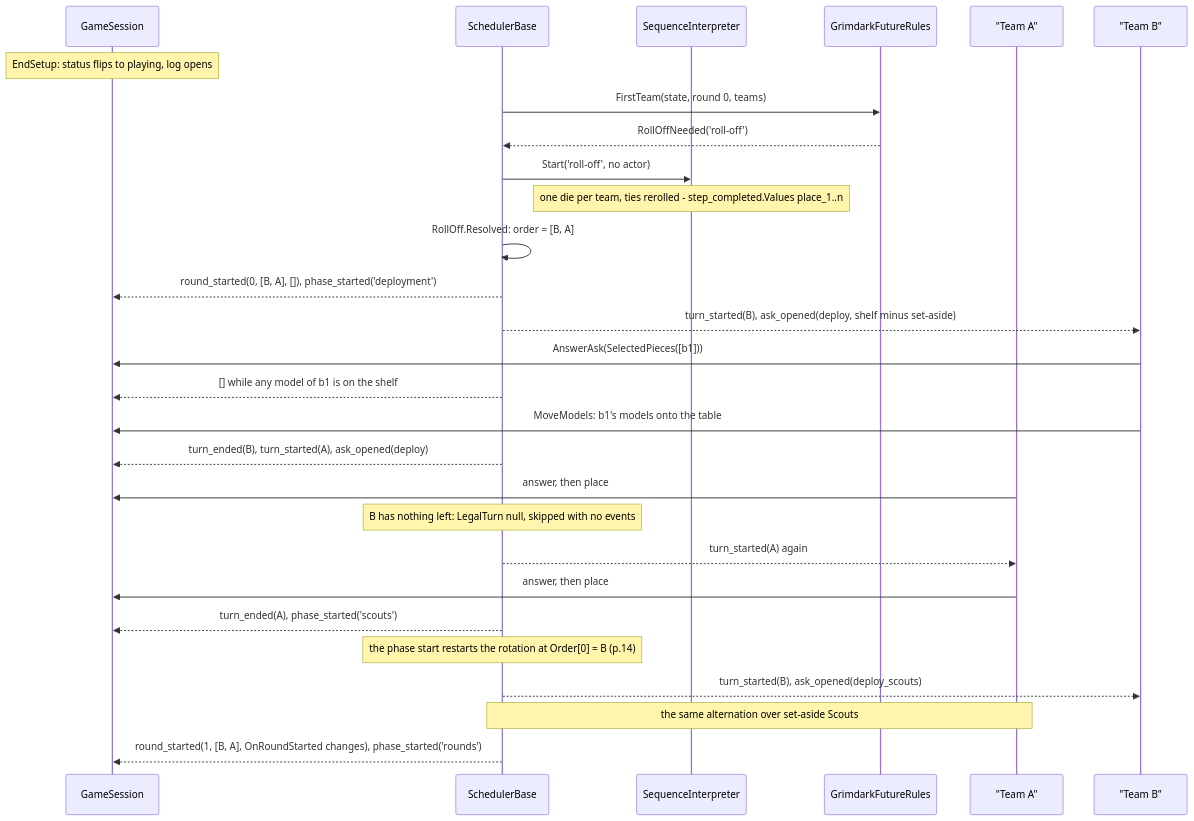
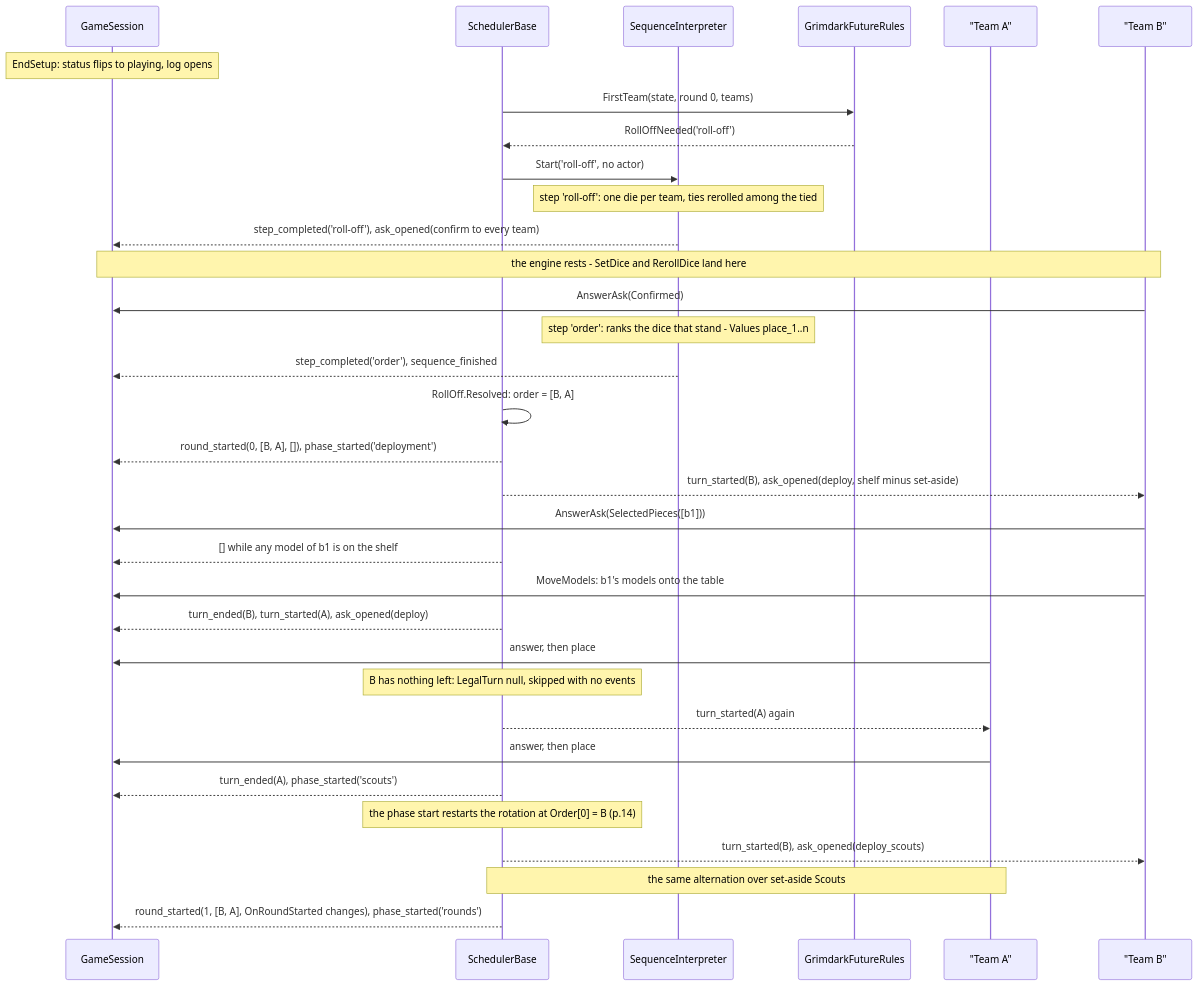
One commit to cstupi/tabletop changed the eighth of 10 diagrams in docs/design/scheduler/design.md. Above: the diagram before and after it, drawn with Mermaid. The commit also changed other lines of this file and 25 other files, not shown here.

````diff
--- a/docs/design/scheduler/design.md
+++ b/docs/design/scheduler/design.md
@@ -858,31 +923,36 @@
 ```mermaid
 sequenceDiagram
     participant S as GameSession
     participant Sc as SchedulerBase
     participant I as SequenceInterpreter
     participant R as GrimdarkFutureRules
     participant A as "Team A"
     participant B as "Team B"
 
     Note over S: EndSetup: status flips to playing, log opens
     Sc->>R: FirstTeam(state, round 0, teams)
     R-->>Sc: RollOffNeeded('roll-off')
     Sc->>I: Start('roll-off', no actor)
-    Note over I: one die per team, ties rerolled - step_completed.Values place_1..n
+    Note over I: step 'roll-off': one die per team, ties rerolled among the tied
+    I-->>S: step_completed('roll-off'), ask_opened(confirm to every team)
+    Note over S,B: the engine rests - SetDice and RerollDice land here
+    B->>S: AnswerAsk(Confirmed)
+    Note over I: step 'order': ranks the dice that stand - Values place_1..n
+    I-->>S: step_completed('order'), sequence_finished
     Sc->>Sc: RollOff.Resolved: order = [B, A]
     Sc-->>S: round_started(0, [B, A], []), phase_started('deployment')
     Sc-->>B: turn_started(B), ask_opened(deploy, shelf minus set-aside)
     B->>S: AnswerAsk(SelectedPieces([b1]))
     Sc-->>S: [] while any model of b1 is on the shelf
     B->>S: MoveModels: b1's models onto the table
     Sc-->>S: turn_ended(B), turn_started(A), ask_opened(deploy)
     A->>S: answer, then place
     Note over Sc: B has nothing left: LegalTurn null, skipped with no events
     Sc-->>A: turn_started(A) again
     A->>S: answer, then place
     Sc-->>S: turn_ended(A), phase_started('scouts')
     Note over Sc: the phase start restarts the rotation at Order[0] = B (p.14)
     Sc-->>B: turn_started(B), ask_opened(deploy_scouts)
     Note over Sc,A: the same alternation over set-aside Scouts
     Sc-->>S: round_started(1, [B, A], OnRoundStarted changes), phase_started('rounds')
 ```
````
